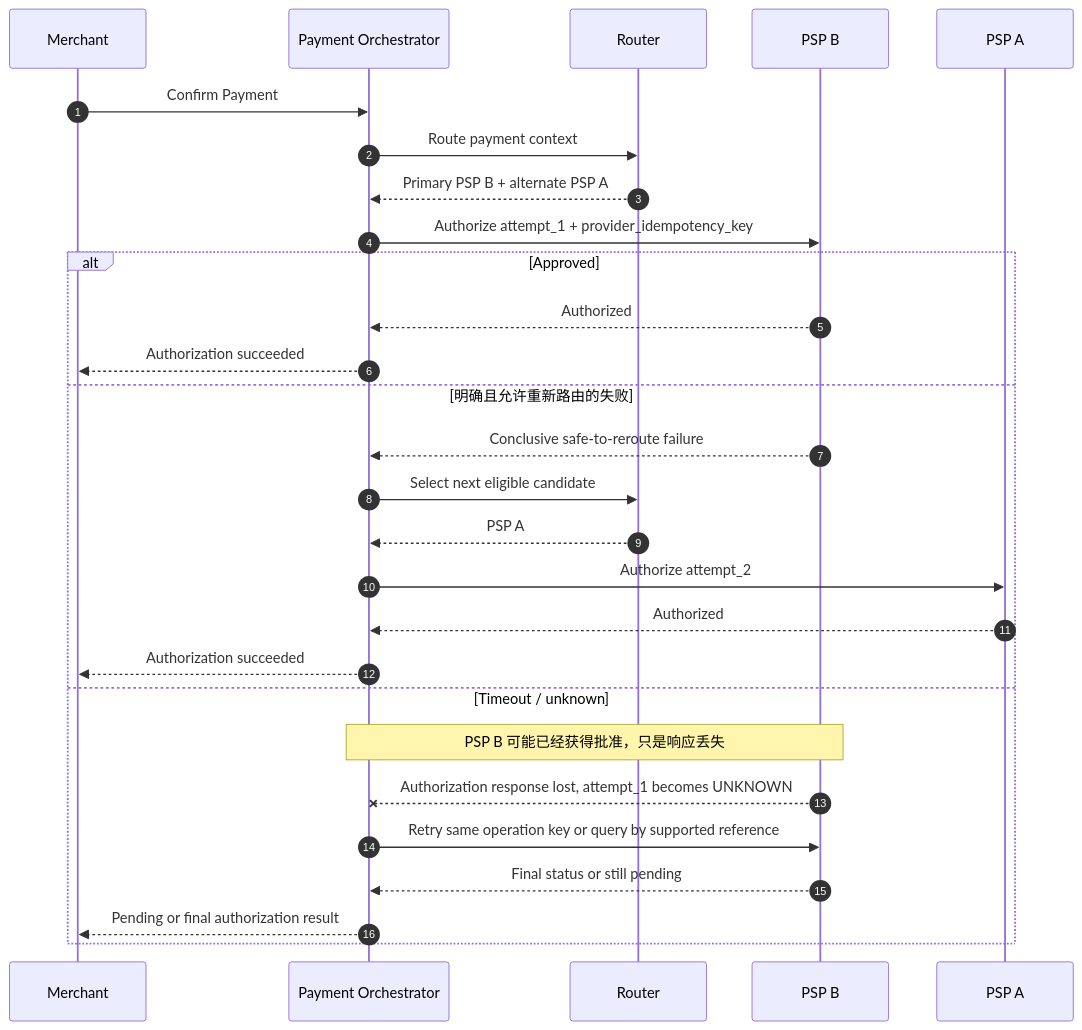
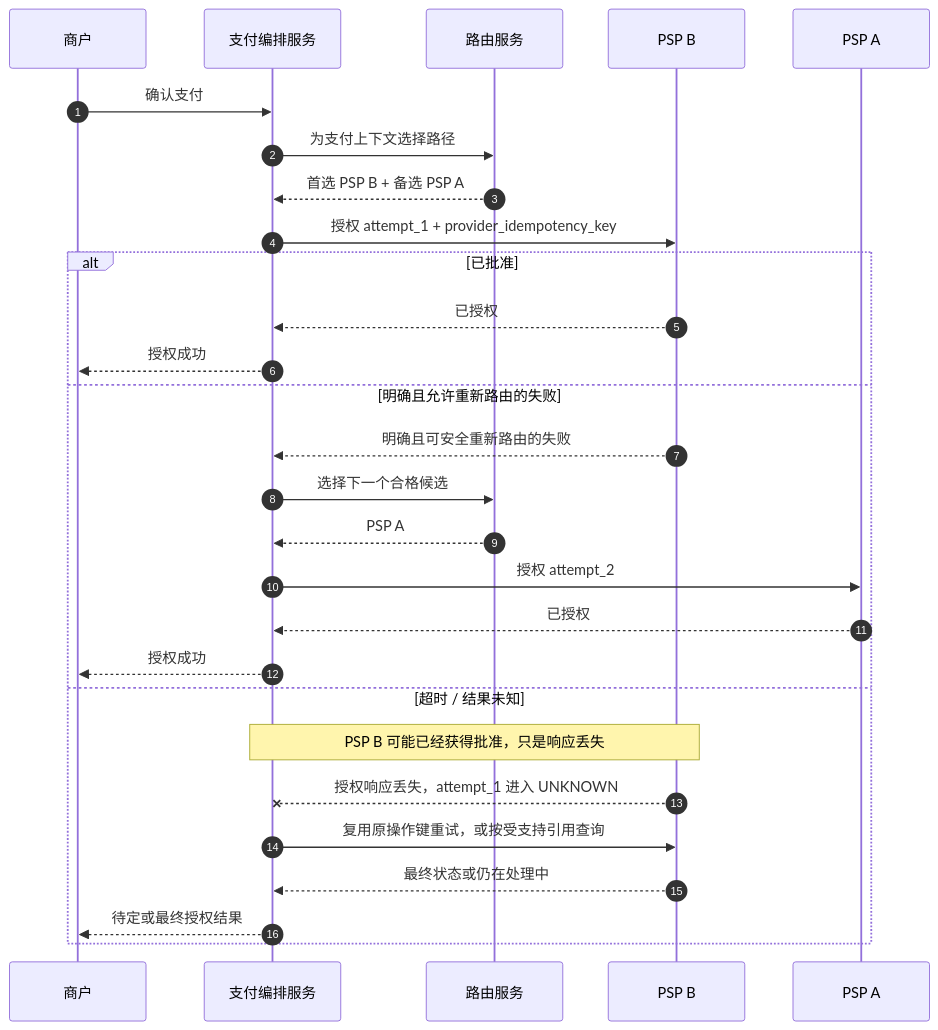
One commit to YouEclipse/Designing-Modern-Payment-Systems changed the fourth of 4 diagrams in part-1-foundations/why-payment-routing.md. Above: the diagram before and after it, drawn with Mermaid. The commit also changed other lines of this file and 59 other files, not shown here.

````diff
--- a/part-1-foundations/why-payment-routing.md
+++ b/part-1-foundations/why-payment-routing.md
@@ -408,31 +408,31 @@
 ```mermaid
 sequenceDiagram
     autonumber
-    participant M as Merchant
-    participant O as Payment Orchestrator
-    participant R as Router
+    participant M as 商户
+    participant O as 支付编排服务
+    participant R as 路由服务
     participant B as PSP B
     participant A as PSP A
 
-    M->>O: Confirm Payment
-    O->>R: Route payment context
-    R-->>O: Primary PSP B + alternate PSP A
-    O->>B: Authorize attempt_1 + provider_idempotency_key
-    alt Approved
-        B-->>O: Authorized
-        O-->>M: Authorization succeeded
+    M->>O: 确认支付
+    O->>R: 为支付上下文选择路径
+    R-->>O: 首选 PSP B + 备选 PSP A
+    O->>B: 授权 attempt_1 + provider_idempotency_key
+    alt 已批准
+        B-->>O: 已授权
+        O-->>M: 授权成功
     else 明确且允许重新路由的失败
-        B-->>O: Conclusive safe-to-reroute failure
-        O->>R: Select next eligible candidate
+        B-->>O: 明确且可安全重新路由的失败
+        O->>R: 选择下一个合格候选
         R-->>O: PSP A
-        O->>A: Authorize attempt_2
-        A-->>O: Authorized
-        O-->>M: Authorization succeeded
-    else Timeout / unknown
+        O->>A: 授权 attempt_2
+        A-->>O: 已授权
+        O-->>M: 授权成功
+    else 超时 / 结果未知
         Note over B,O: PSP B 可能已经获得批准，只是响应丢失
-        B--xO: Authorization response lost, attempt_1 becomes UNKNOWN
-        O->>B: Retry same operation key or query by supported reference
-        B-->>O: Final status or still pending
-        O-->>M: Pending or final authorization result
+        B--xO: 授权响应丢失，attempt_1 进入 UNKNOWN
+        O->>B: 复用原操作键重试，或按受支持引用查询
+        B-->>O: 最终状态或仍在处理中
+        O-->>M: 待定或最终授权结果
     end
 ```
````
